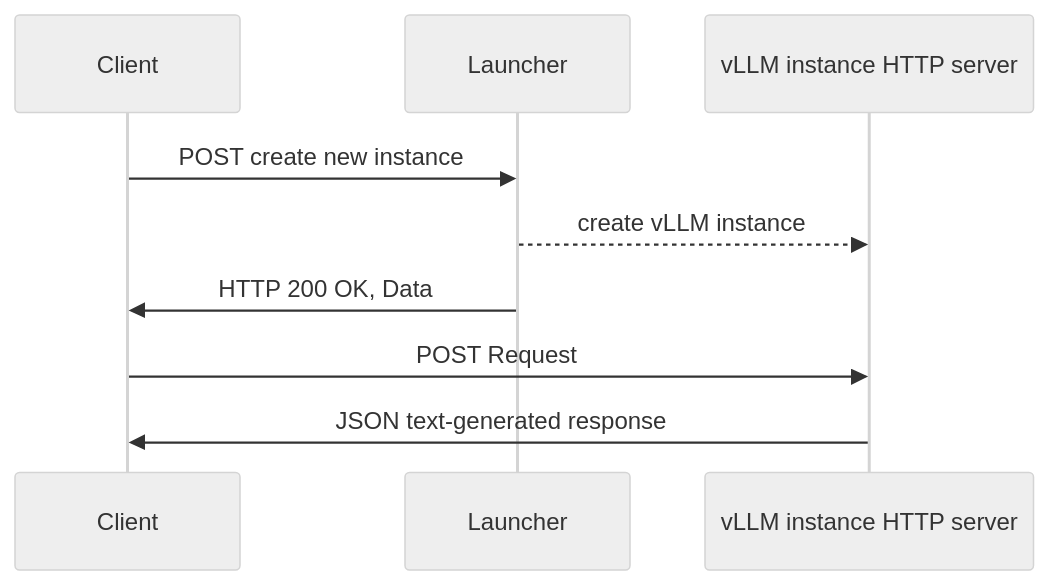
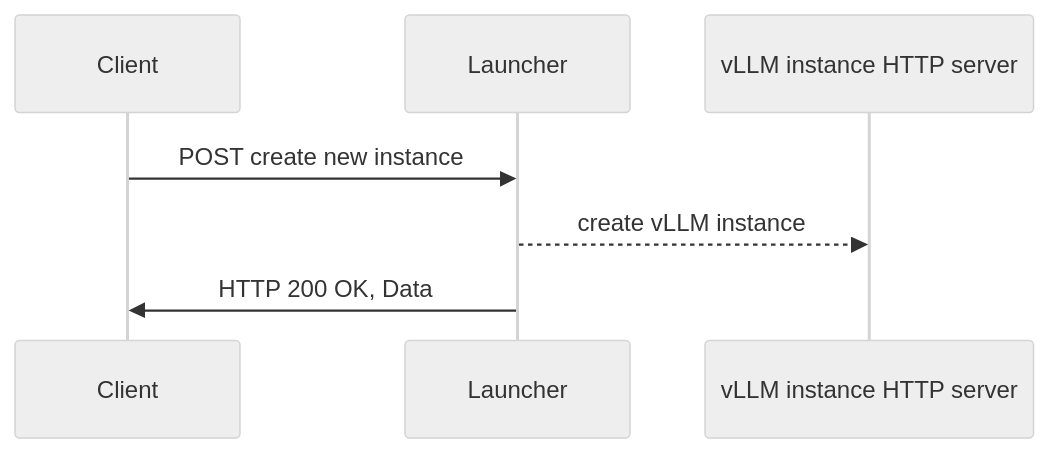
One commit to llm-d-incubation/llm-d-fast-model-actuation changed the first of 3 diagrams in docs/launcher.md. Above: the diagram before and after it, drawn with Mermaid (neutral theme). The commit also changed other lines of this file, not shown here.

````diff
--- a/docs/launcher.md
+++ b/docs/launcher.md
@@ -14,12 +14,10 @@
 ```mermaid
 sequenceDiagram
     participant Client
     participant Launcher
     participant vLLM instance HTTP server
 
     Client->>Launcher: POST create new instance
     Launcher-->>vLLM instance HTTP server: create vLLM instance
     Launcher->>Client: HTTP 200 OK, Data
-    Client->>vLLM instance HTTP server: POST Request
-    vLLM instance HTTP server->>Client: JSON text-generated response
 ```
````
